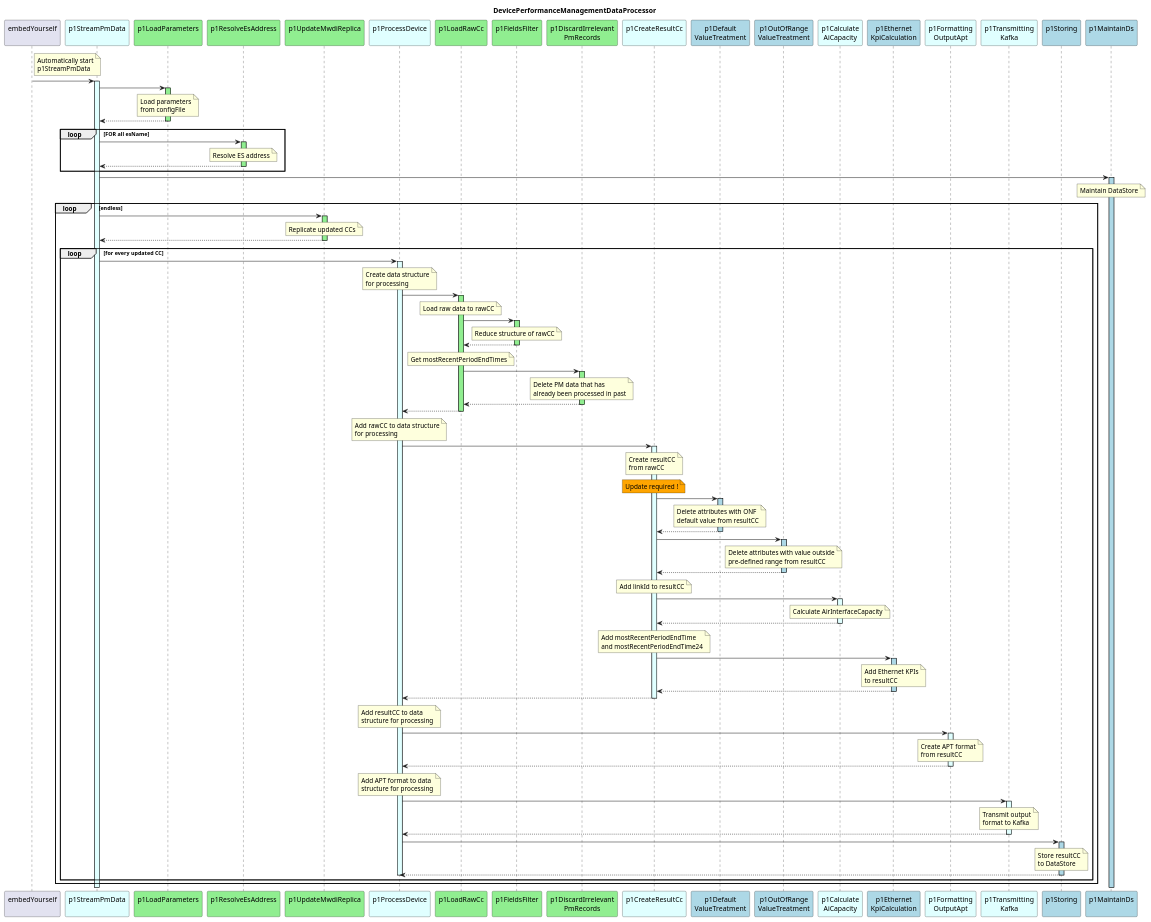
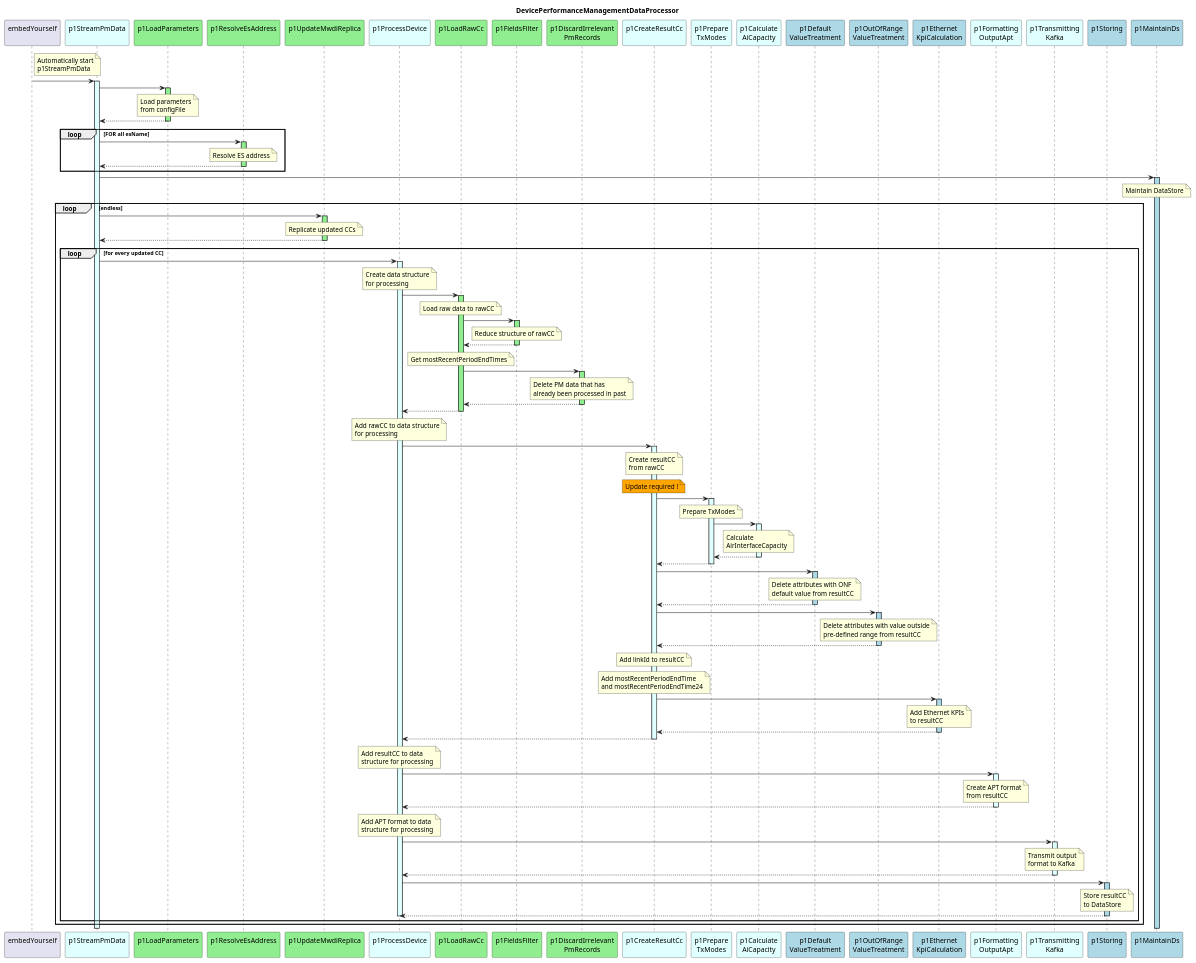
The diagram in spec/diagrams/hl_sequence.plantuml (openBackhaul/DevicePerformanceManagementDataProcessor), drawn with PlantUML before and after one commit. The commit also changed 4 other files, not shown here.

Commit message:
Publish intermediate state of p1CreateResultCc

```diff
--- a/spec/diagrams/hl_sequence.plantuml
+++ b/spec/diagrams/hl_sequence.plantuml
@@ -18,10 +18,12 @@
 participant "p1DiscardIrrelevant\nPmRecords" as filterPm #LightGreen
 
 participant "p1CreateResultCc\n" as p1CreateResultCC #LightCyan
+participant "p1Prepare\nTxModes" as prepTxModes #LightCyan
+participant "p1Calculate\nAiCapacity" as aiCC #LightCyan
+
 participant "p1Default\nValueTreatment" as p1DefaultValues #LightBlue
 participant "p1OutOfRange\nValueTreatment" as p1OutOfRange #LightBlue
 
-participant "p1Calculate\nAiCapacity" as aiCC #LightCyan
 participant "p1Ethernet\nKpiCalculation" as p1EthKpi #LightBlue
 
 participant "p1Formatting\nOutputApt" as p1Output #LightCyan
@@ -142,6 +144,27 @@
             Update required !
           end note
 
+          p1CreateResultCC -> prepTxModes
+          activate prepTxModes #LightCyan
+
+            note over prepTxModes
+              Prepare TxModes
+            end note
+
+            prepTxModes -> aiCC
+            activate aiCC #LightCyan
+
+              note over aiCC
+                Calculate
+                AirInterfaceCapacity
+              end note
+
+            prepTxModes <-- aiCC
+            deactivate aiCC
+
+          p1CreateResultCC <-- prepTxModes
+          deactivate prepTxModes
+
           ' process default values ->
           p1CreateResultCC -> p1DefaultValues
           activate p1DefaultValues #LightBlue
@@ -170,16 +193,6 @@
             Add linkId to resultCC
           end note
 
-          ' get AirIf KPIs ->
-          p1CreateResultCC -> aiCC
-          activate aiCC #LightCyan
-
-            note over aiCC
-              Calculate AirInterfaceCapacity
-            end note
-
-          p1CreateResultCC <-- aiCC
-          deactivate aiCC
 
           note over p1CreateResultCC
             Add mostRecentPeriodEndTime
```
